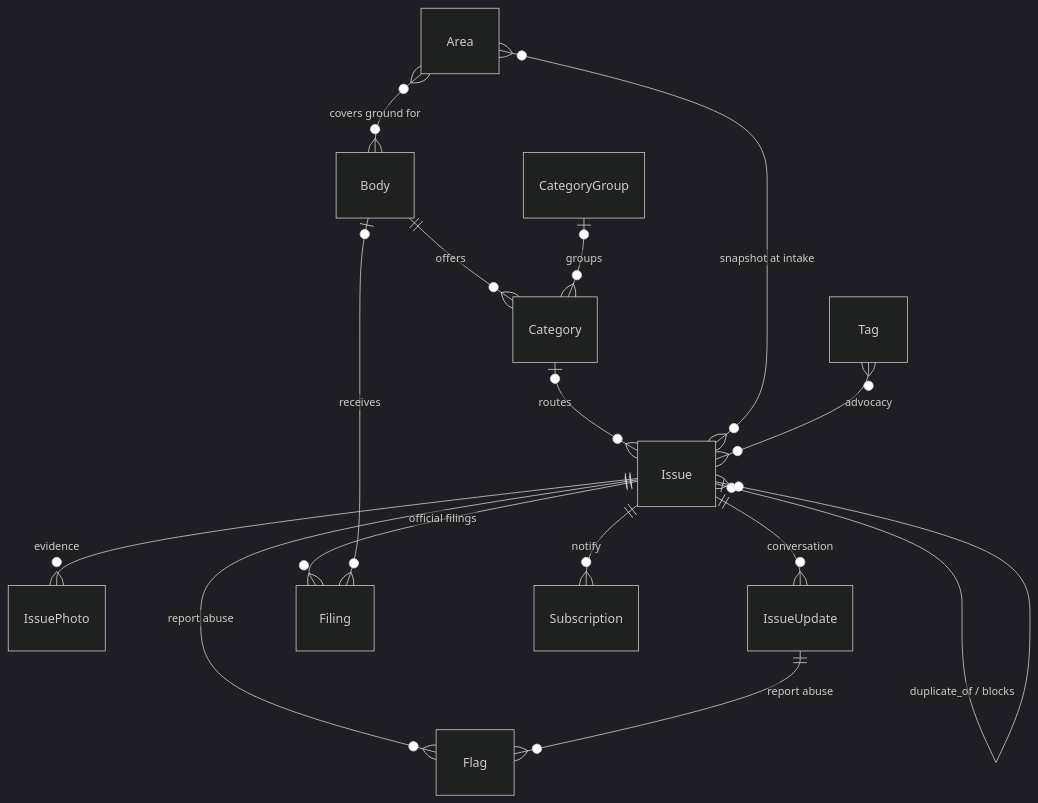
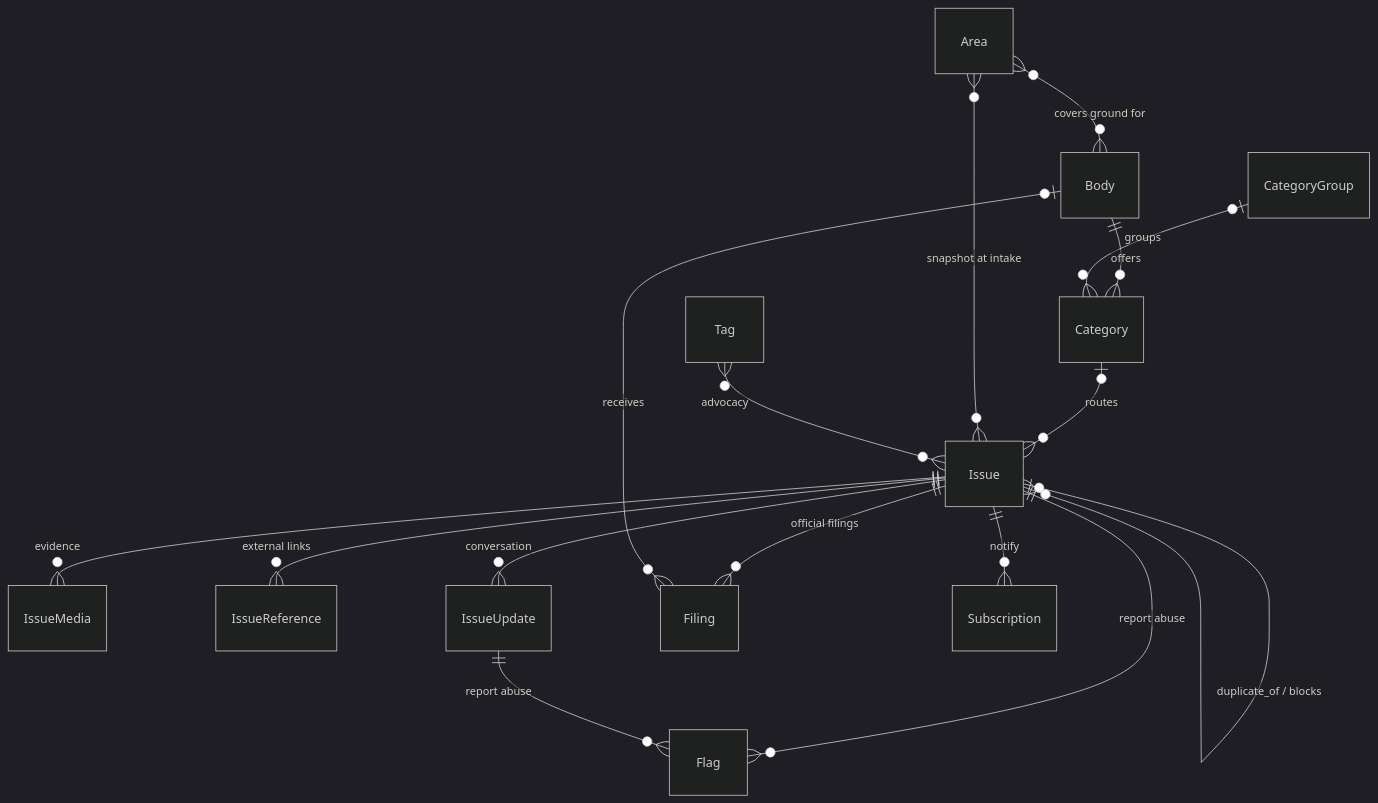
The diagram in docs/WALKTHROUGH.md (pleasefix-1/pleasefix), drawn with Mermaid (dark theme) before and after one commit. The commit also changed other lines of this file and 18 other files, not shown here.

````diff
--- a/docs/WALKTHROUGH.md
+++ b/docs/WALKTHROUGH.md
@@ -90,17 +90,18 @@
 ```mermaid
 erDiagram
     Area }o--o{ Body : "covers ground for"
     Body ||--o{ Category : "offers"
     CategoryGroup |o--o{ Category : "groups"
     Category |o--o{ Issue : "routes"
     Area }o--o{ Issue : "snapshot at intake"
     Tag }o--o{ Issue : "advocacy"
-    Issue ||--o{ IssuePhoto : "evidence"
+    Issue ||--o{ IssueMedia : "evidence"
+    Issue ||--o{ IssueReference : "external links"
     Issue ||--o{ IssueUpdate : "conversation"
     Issue ||--o{ Filing : "official filings"
     Body |o--o{ Filing : "receives"
     Issue ||--o{ Flag : "report abuse"
     IssueUpdate ||--o{ Flag : "report abuse"
     Issue |o--o{ Issue : "duplicate_of / blocks"
     Issue ||--o{ Subscription : "notify"
 ```
````
